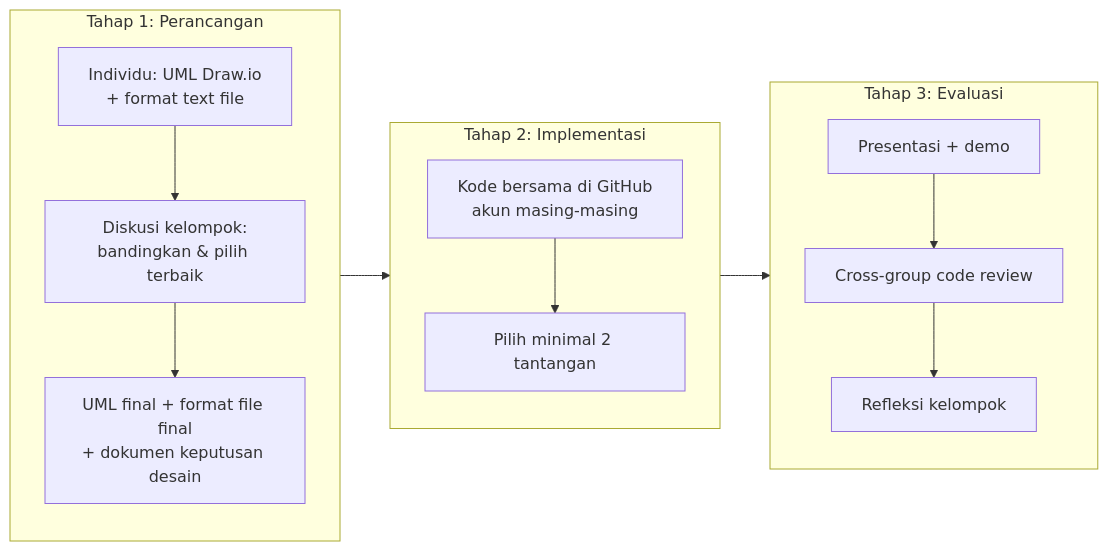
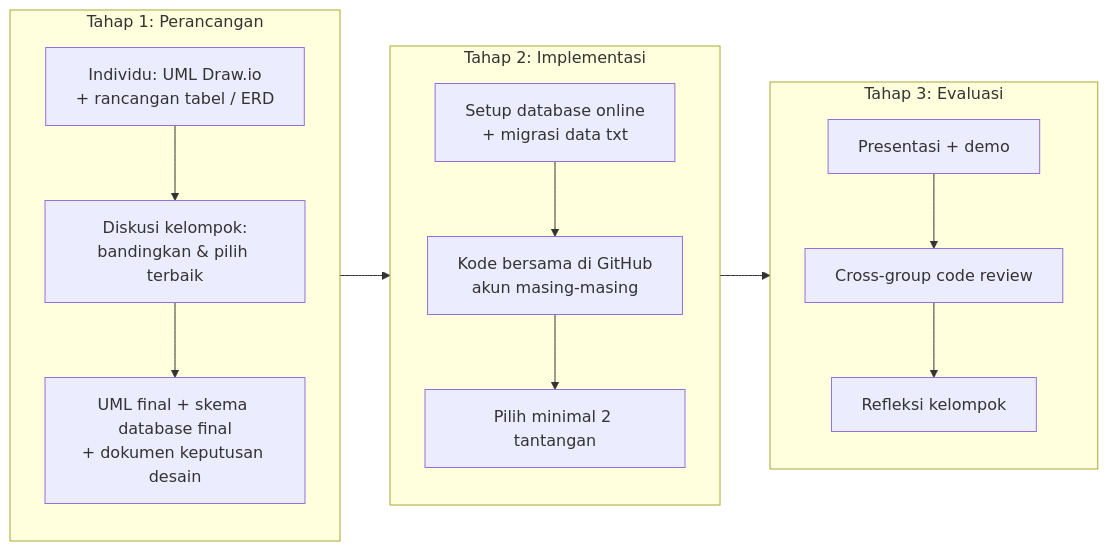
The eighth of 10 diagrams in project_kedua/project_instruction.md (rifaidanu/project-praktikum-pemrograman), drawn with Mermaid before and after one commit. The commit also changed other lines of this file and 7 other files, not shown here.

````diff
--- a/project_kedua/project_instruction.md
+++ b/project_kedua/project_instruction.md
@@ -279,18 +363,19 @@
 ```mermaid
 flowchart LR
     subgraph T1[Tahap 1: Perancangan]
         direction TB
-        A1[Individu: UML Draw.io<br/>+ format text file] --> A2[Diskusi kelompok:<br/>bandingkan & pilih terbaik]
-        A2 --> A3[UML final + format file final<br/>+ dokumen keputusan desain]
+        A1[Individu: UML Draw.io<br/>+ rancangan tabel / ERD] --> A2[Diskusi kelompok:<br/>bandingkan & pilih terbaik]
+        A2 --> A3[UML final + skema database final<br/>+ dokumen keputusan desain]
     end
     subgraph T2[Tahap 2: Implementasi]
         direction TB
-        B1[Kode bersama di GitHub<br/>akun masing-masing] --> B2[Pilih minimal 2 tantangan]
+        B1[Setup database online<br/>+ migrasi data txt] --> B2[Kode bersama di GitHub<br/>akun masing-masing]
+        B2 --> B3[Pilih minimal 2 tantangan]
     end
     subgraph T3[Tahap 3: Evaluasi]
         direction TB
         C1[Presentasi + demo] --> C2[Cross-group code review]
         C2 --> C3[Refleksi kelompok]
     end
     T1 --> T2 --> T3
 ```
````
